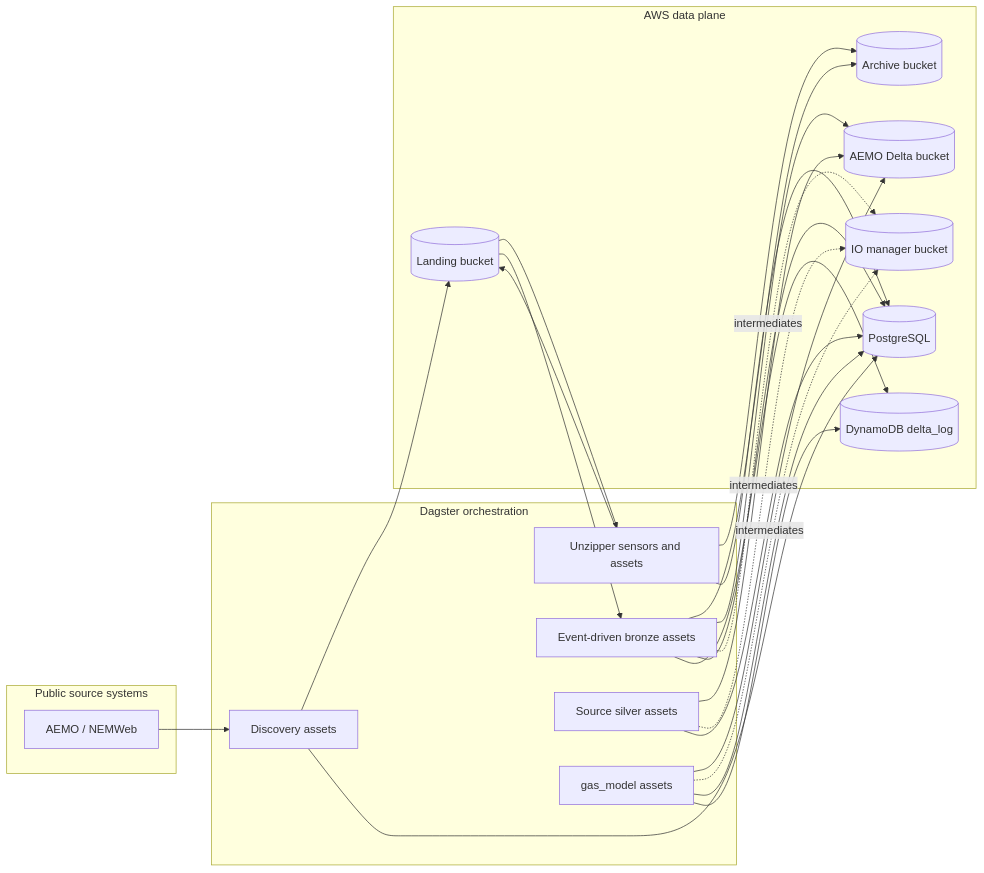
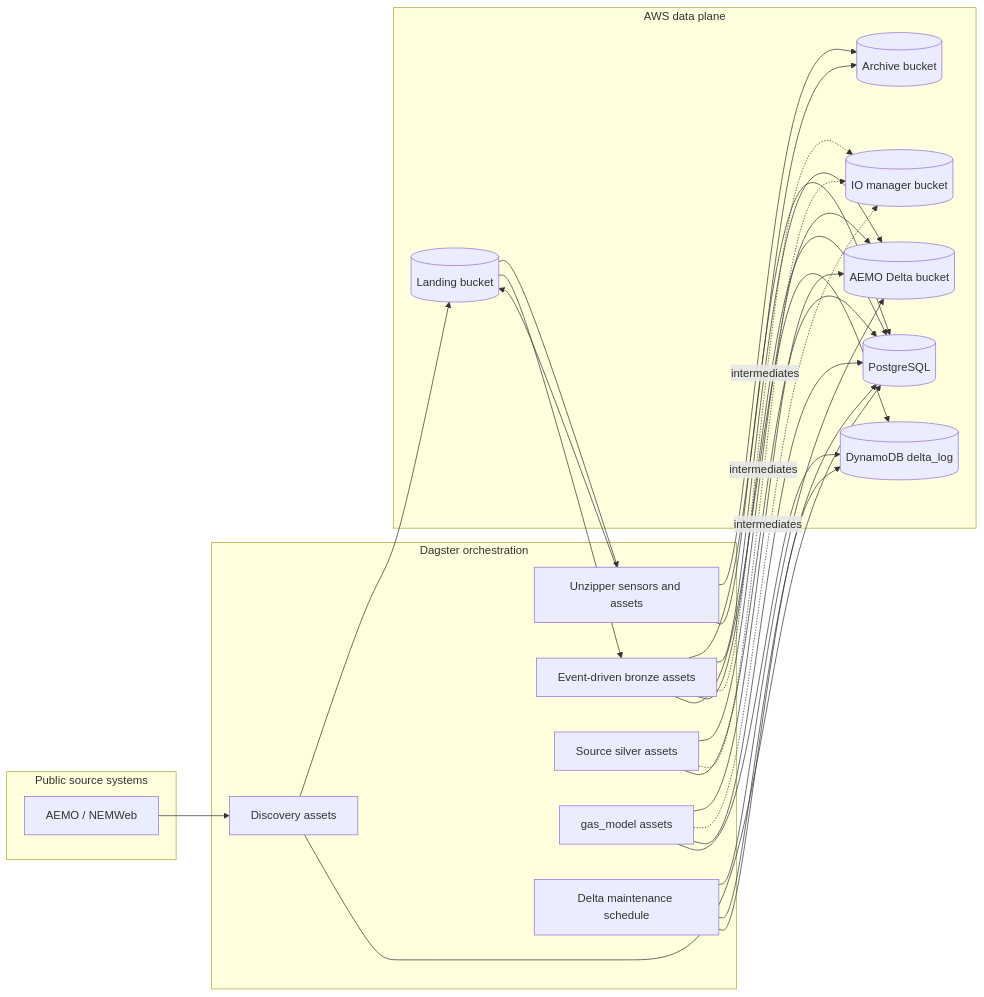
The first of 2 diagrams in docs/workflow.md (Chr1sC0de/energy-market-delta-lake), drawn with Mermaid before and after one commit. The commit also changed other lines of this file and 9 other files, not shown here.

Commit message:
Add configurable Delta vacuum maintenance job

````diff
--- a/docs/workflow.md
+++ b/docs/workflow.md
@@ -15,44 +15,48 @@
 ```mermaid
 flowchart LR
   subgraph Sources[Public source systems]
     A[AEMO / NEMWeb]
   end
 
   subgraph Dagster[Dagster orchestration]
     B[Discovery assets]
     C[Unzipper sensors and assets]
     D[Event-driven bronze assets]
     E[Source silver assets]
     F[gas_model assets]
+    M[Delta maintenance schedule]
   end
 
   subgraph Storage[AWS data plane]
     G[(Landing bucket)]
     H[(Archive bucket)]
     I[(AEMO Delta bucket)]
     J[(IO manager bucket)]
     K[(PostgreSQL)]
     L[(DynamoDB delta_log)]
   end
 
   A --> B
   B --> G
   G --> C
   C --> G
   C --> H
   G --> D
   D --> H
   D --> I
   E --> I
   F --> I
+  M --> I
   D -. intermediates .-> J
   E -. intermediates .-> J
   F -. intermediates .-> J
   B --> K
   C --> K
   D --> K
   E --> K
   F --> K
+  M --> K
   D --> L
   F --> L
+  M --> L
 ```
````
